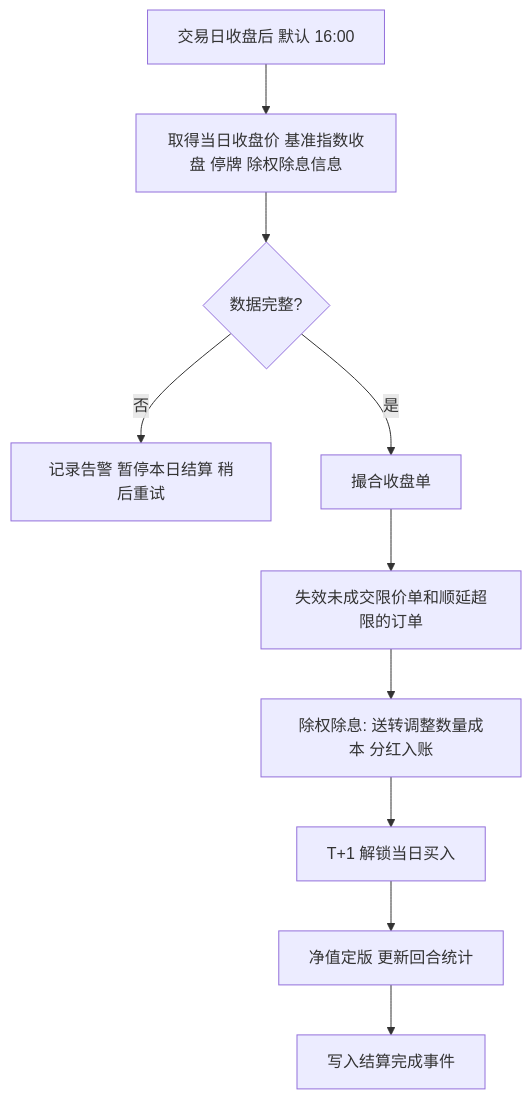
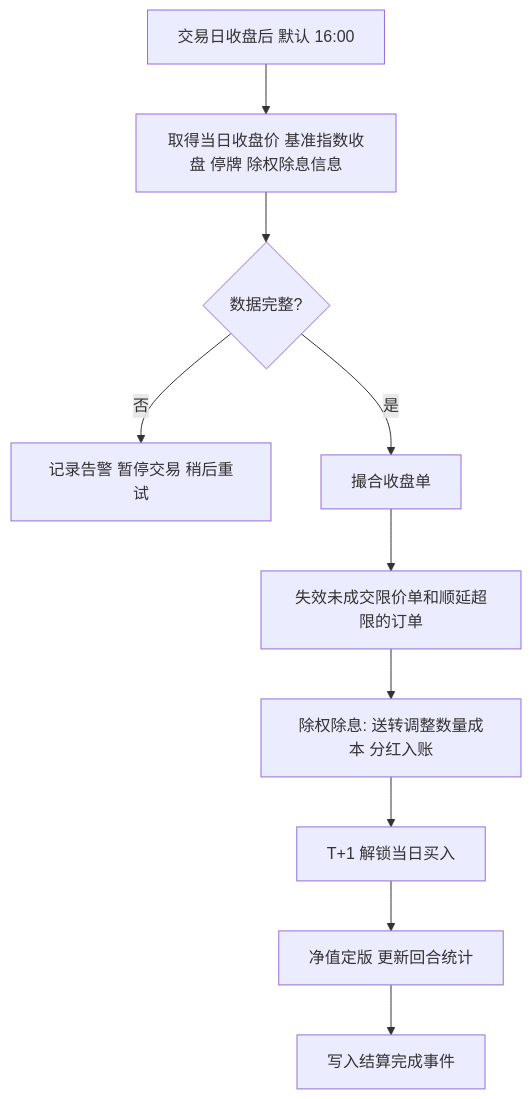
The third of 4 diagrams in docs/solution.md (Ocean-HCC/demo-account), drawn with Mermaid before and after one commit. The commit also changed other lines of this file and 24 other files, not shown here.

````diff
--- a/docs/solution.md
+++ b/docs/solution.md
@@ -150,12 +150,12 @@
 ```mermaid
 flowchart TD
   T[交易日收盘后 默认 16:00] --> C1[取得当日收盘价 基准指数收盘 停牌 除权除息信息]
   C1 --> C2{数据完整?}
-  C2 -->|否| W[记录告警 暂停本日结算 稍后重试]
+  C2 -->|否| W[记录告警 暂停交易 稍后重试]
   C2 -->|是| S1[撮合收盘单]
   S1 --> S2[失效未成交限价单和顺延超限的订单]
   S2 --> S3[除权除息: 送转调整数量成本 分红入账]
   S3 --> S4[T+1 解锁当日买入]
   S4 --> S5[净值定版 更新回合统计]
   S5 --> S6[写入结算完成事件]
 ```
````
